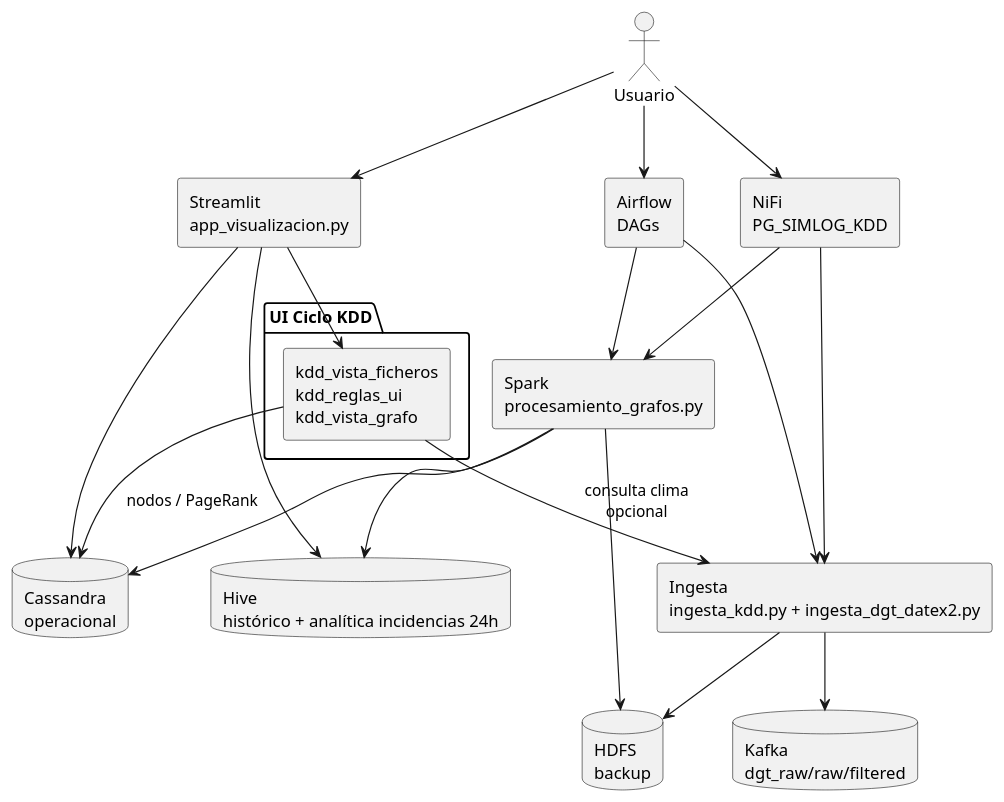
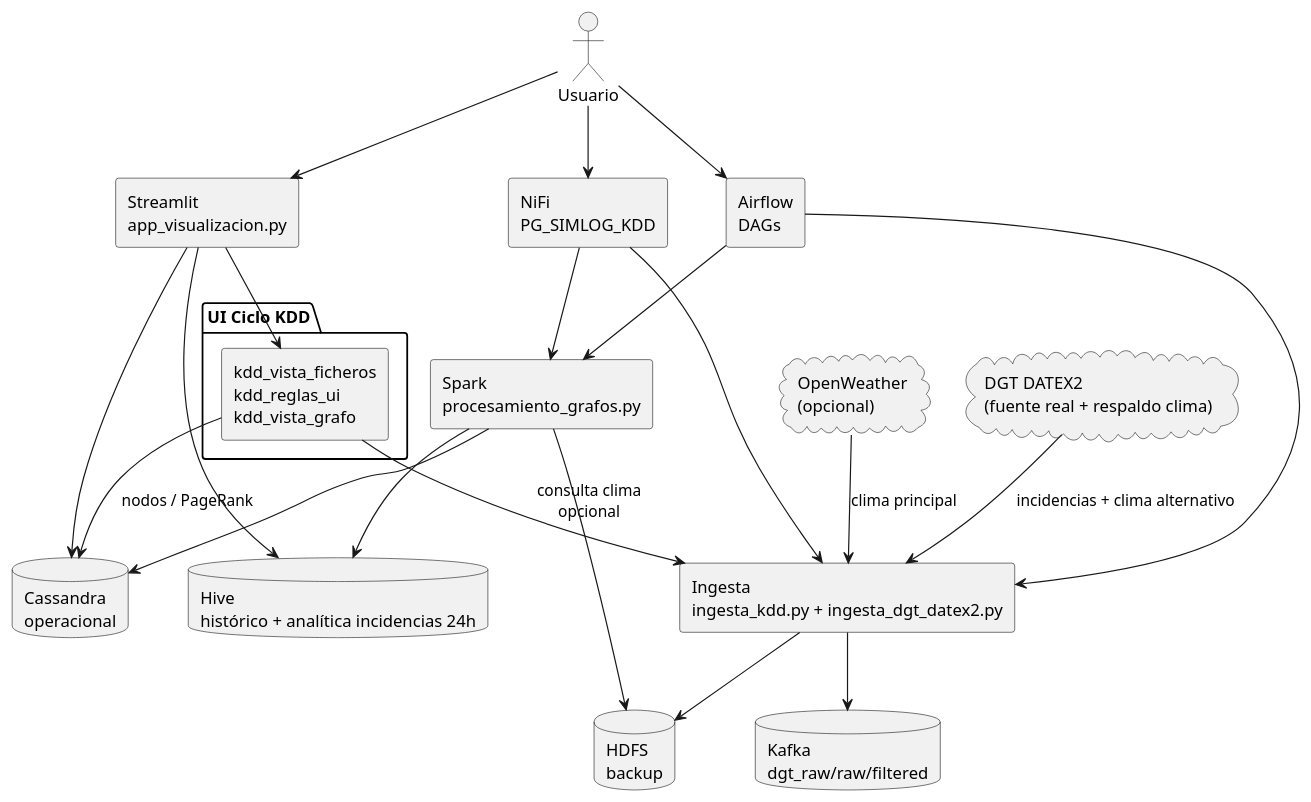
One commit to gracobjo/proyecto_transporte_global_standalone changed the diagram in docs/uml/componentes_simlog.puml. Above: the diagram before and after it, drawn with PlantUML. The commit also changed 47 other files, not shown here.

```diff
--- a/docs/uml/componentes_simlog.puml
+++ b/docs/uml/componentes_simlog.puml
@@ -1,41 +1,45 @@
 @startuml
 skinparam componentStyle rectangle
 
 actor "Usuario" as User
 
 component "Streamlit\napp_visualizacion.py" as UI
 package "UI Ciclo KDD" {
   component "kdd_vista_ficheros\nkdd_reglas_ui\nkdd_vista_grafo" as KDDUI
 }
 component "NiFi\nPG_SIMLOG_KDD" as NiFi
 component "Airflow\nDAGs" as Airflow
 component "Ingesta\ningesta_kdd.py + ingesta_dgt_datex2.py" as Ingesta
 component "Spark\nprocesamiento_grafos.py" as Spark
+cloud "OpenWeather\n(opcional)" as OWM
+cloud "DGT DATEX2\n(fuente real + respaldo clima)" as DGT
 database "Kafka\ndgt_raw/raw/filtered" as Kafka
 database "HDFS\nbackup" as HDFS
 database "Cassandra\noperacional" as Cas
 database "Hive\nhistórico + analítica incidencias 24h" as Hive
 
 User --> UI
 User --> NiFi
 User --> Airflow
 
 UI --> KDDUI
 KDDUI --> Ingesta : consulta clima\nopcional
 KDDUI --> Cas : nodos / PageRank
 
+OWM --> Ingesta : clima principal
+DGT --> Ingesta : incidencias + clima alternativo
 NiFi --> Ingesta
 Airflow --> Ingesta
 Ingesta --> Kafka
 Ingesta --> HDFS
 
 NiFi --> Spark
 Airflow --> Spark
 Spark --> Cas
 Spark --> Hive
 Spark --> HDFS
 
 UI --> Cas
 UI --> Hive
 
 @enduml
```
